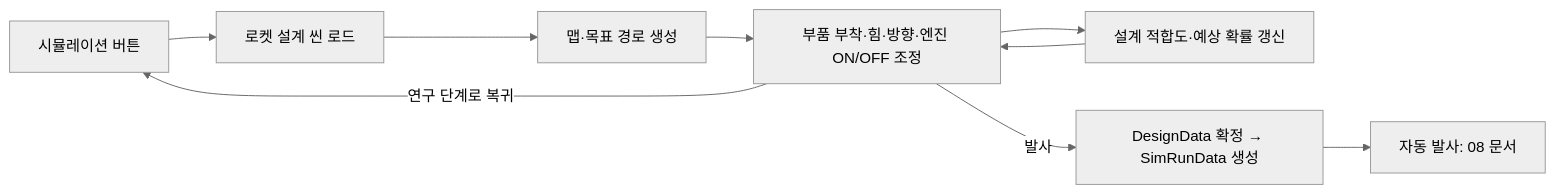
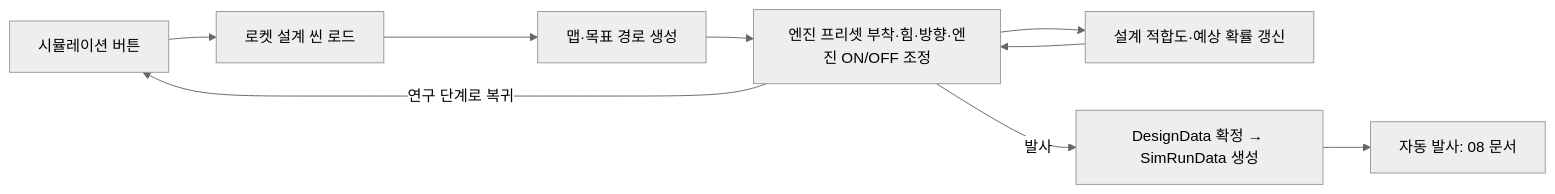
Before and after one commit to NHNAI-26/2026NHNAI: the diagram in docs/artemis-2026-gdd/07_로켓_설계.md, drawn with Mermaid (neutral theme). The commit also changed other lines of this file and 17 other files, not shown here.

````diff
--- a/docs/artemis-2026-gdd/07_로켓_설계.md
+++ b/docs/artemis-2026-gdd/07_로켓_설계.md
@@ -22,11 +22,11 @@
 ```mermaid
 flowchart LR
     A[시뮬레이션 버튼] --> B[로켓 설계 씬 로드]
     B --> C[맵·목표 경로 생성]
-    C --> D[부품 부착·힘·방향·엔진 ON/OFF 조정]
+    C --> D[엔진 프리셋 부착·힘·방향·엔진 ON/OFF 조정]
     D --> P[설계 적합도·예상 확률 갱신]
     P --> D
     D -->|연구 단계로 복귀| A
     D -->|발사| E[DesignData 확정 → SimRunData 생성]
     E --> F[자동 발사: 08 문서]
 ```
````
